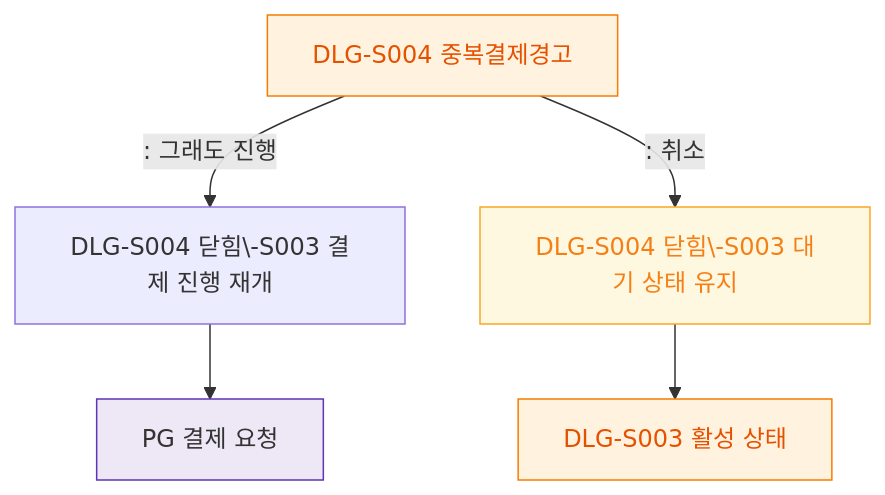
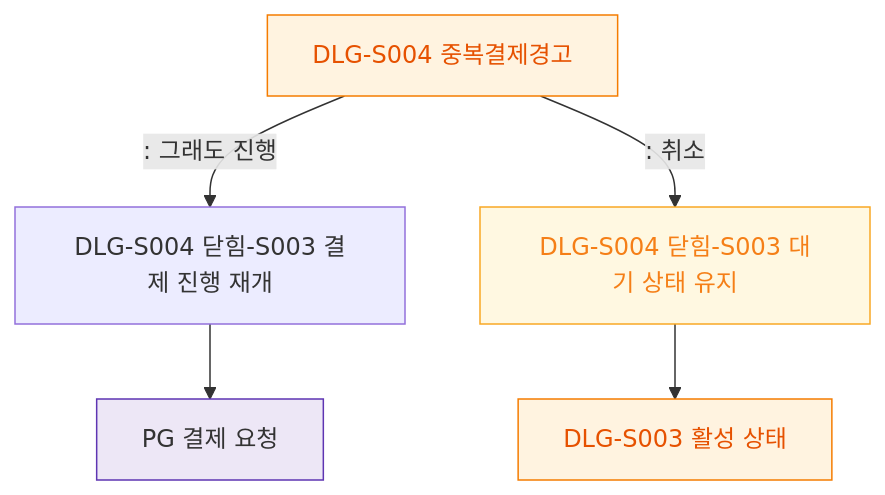
Before and after one commit to dev-spogym/admin-pando: the diagram in docs/admin/다이어그램/D03_매출관리/DLG-S004_중복결제경고/M3_결과분기.md, drawn with Mermaid. The commit also changed 369 other files, not shown here.

````diff
--- a/docs/admin/다이어그램/D03_매출관리/DLG-S004_중복결제경고/M3_결과분기.md
+++ b/docs/admin/다이어그램/D03_매출관리/DLG-S004_중복결제경고/M3_결과분기.md
@@ -18,16 +18,16 @@
 ```mermaid
 flowchart TD
-    DLG_S004[DLG-S004 중복결제경고] -->|": 그래도 진행"|PROCEED_RESULT[DLG-S004 닫힘\-S003 결제 진행 재개]
-    DLG_S004 -->|": 취소"|CANCEL_RESULT[DLG-S004 닫힘\-S003 대기 상태 유지]
+    DLG_S004[DLG-S004 중복결제경고] -->|": 그래도 진행"|PROCEED_RESULT[DLG-S004 닫힘-S003 결제 진행 재개]
+    DLG_S004 -->|": 취소"|CANCEL_RESULT[DLG-S004 닫힘-S003 대기 상태 유지]
 
     PROCEED_RESULT --> PG_REQ[PG 결제 요청]
     CANCEL_RESULT --> BACK_DLG003[DLG-S003 활성 상태]
 
     classDef modal fill:#FFF3E0,stroke:#F57C00,color:#E65100
     classDef system fill:#EDE7F6,stroke:#5E35B2
     classDef warning fill:#FFF8E1,stroke:#F9A825,color:#F57F17
 
     class DLG_S004,BACK_DLG003 modal
     class PG_REQ system
     class CANCEL_RESULT warning
 ```
````
